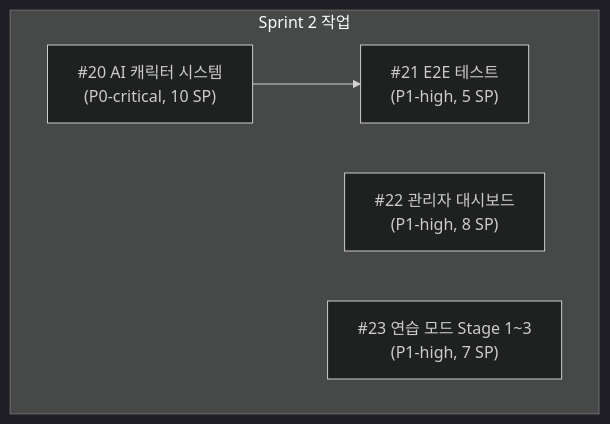
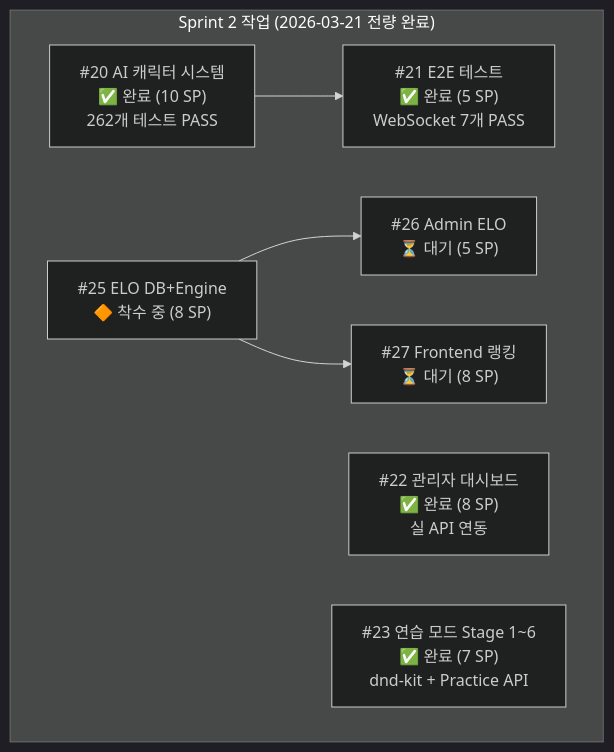
Before and after one commit to k82022603/RummiArena: the second of 3 diagrams in docs/01-planning/09-roadmap-and-backlog.md, drawn with Mermaid (dark theme). The commit also changed other lines of this file and 15 other files, not shown here.

````diff
--- a/docs/01-planning/09-roadmap-and-backlog.md
+++ b/docs/01-planning/09-roadmap-and-backlog.md
@@ -59,12 +56,17 @@
 ```mermaid
 flowchart TB
-    subgraph S2["Sprint 2 작업"]
+    subgraph S2["Sprint 2 작업 (2026-03-21 전량 완료)"]
         direction LR
-        I20["#20 AI 캐릭터 시스템\n(P0-critical, 10 SP)"]
-        I21["#21 E2E 테스트\n(P1-high, 5 SP)"]
-        I22["#22 관리자 대시보드\n(P1-high, 8 SP)"]
-        I23["#23 연습 모드 Stage 1~3\n(P1-high, 7 SP)"]
+        I20["#20 AI 캐릭터 시스템\n✅ 완료 (10 SP)\n262개 테스트 PASS"]
+        I21["#21 E2E 테스트\n✅ 완료 (5 SP)\nWebSocket 7개 PASS"]
+        I22["#22 관리자 대시보드\n✅ 완료 (8 SP)\n실 API 연동"]
+        I23["#23 연습 모드 Stage 1~6\n✅ 완료 (7 SP)\ndnd-kit + Practice API"]
+        I25["#25 ELO DB+Engine\n🔶 착수 중 (8 SP)"]
+        I26["#26 Admin ELO\n⏳ 대기 (5 SP)"]
+        I27["#27 Frontend 랭킹\n⏳ 대기 (8 SP)"]
     end
 
     I20 --> I21
+    I25 --> I26
+    I25 --> I27
 ```
````
